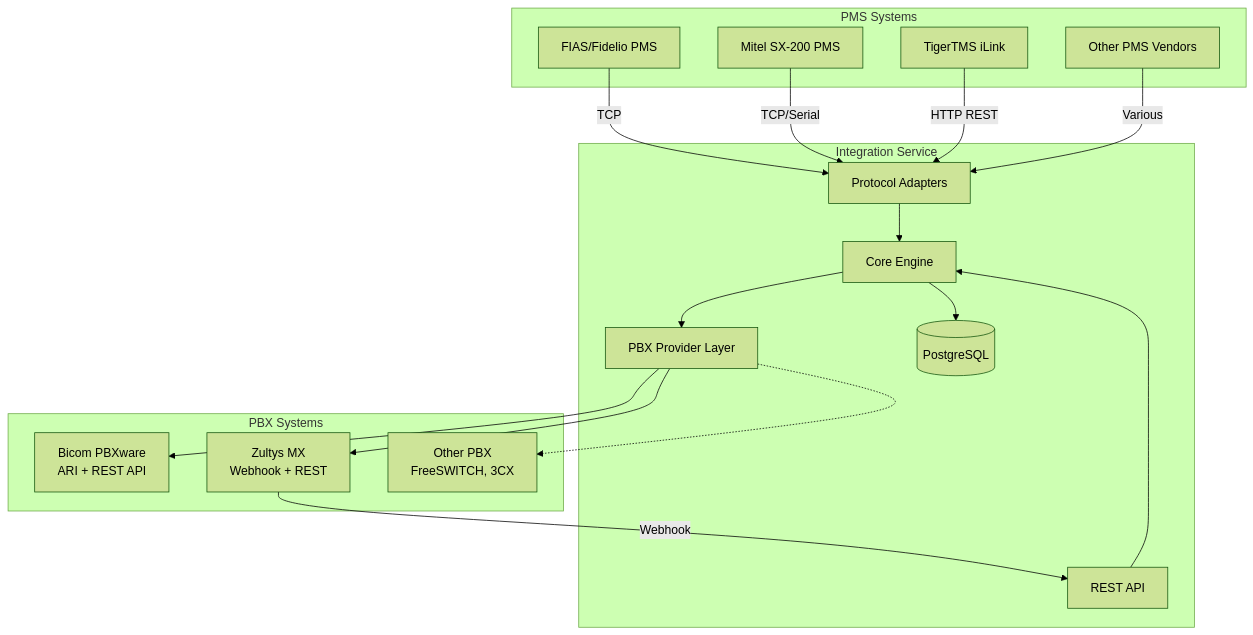
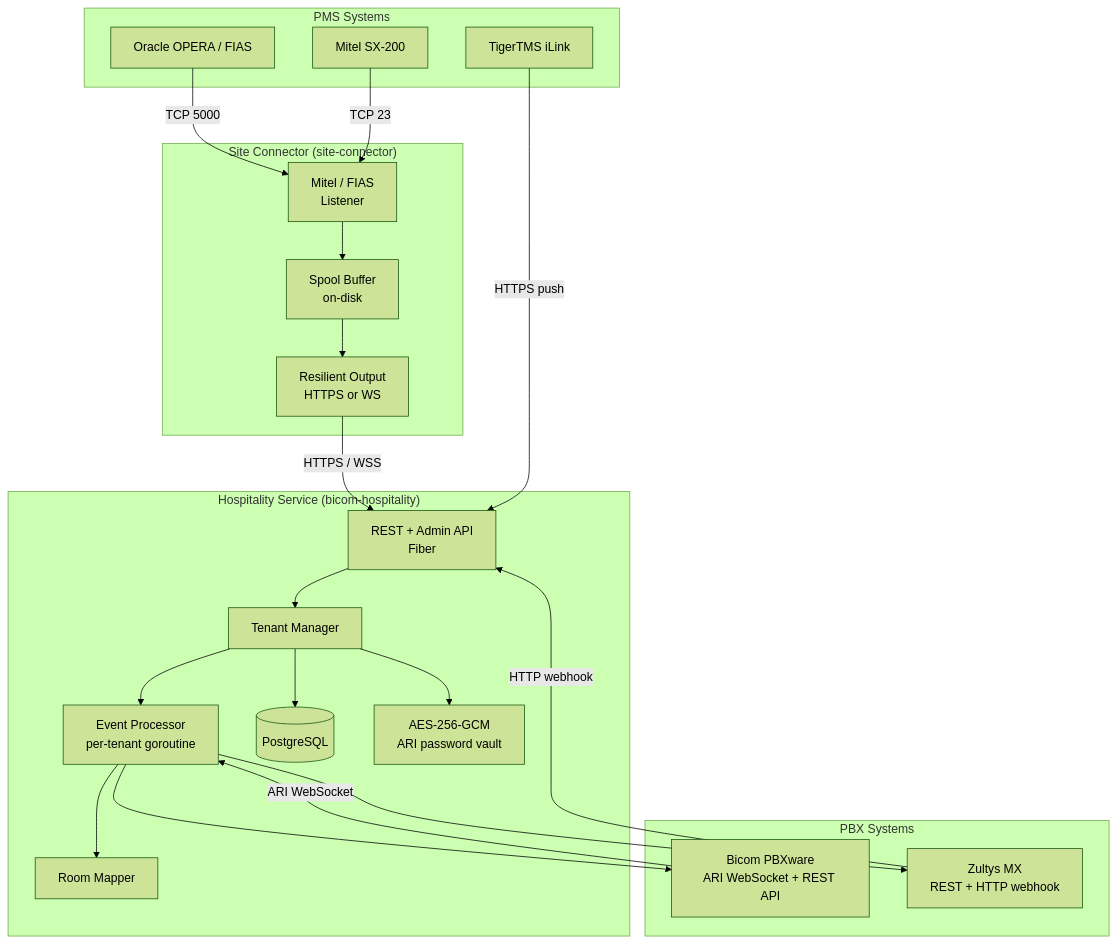
The first of 7 diagrams in docs/architecture.md (sagostin/pbx-hospitality), drawn with Mermaid (forest theme) before and after one commit. The commit also changed other lines of this file and 30 other files, not shown here.

````diff
--- a/docs/architecture.md
+++ b/docs/architecture.md
@@ -7,36 +14,46 @@
 ```mermaid
 graph TB
-    subgraph "PMS Systems"
-        FIAS[FIAS/Fidelio PMS]
-        MITEL[Mitel SX-200 PMS]
-        TIGER[TigerTMS iLink]
-        OTHER[Other PMS Vendors]
+    subgraph Cloud["Hospitality Service (bicom-hospitality)"]
+        API[REST + Admin API<br/>Fiber]
+        TM[Tenant Manager]
+        EVPROC[Event Processor<br/>per-tenant goroutine]
+        ROOMMAP[Room Mapper]
+        DB[(PostgreSQL)]
+        CRYPTO[AES-256-GCM<br/>ARI password vault]
     end
 
-    subgraph "Integration Service"
-        PROTO[Protocol Adapters]
-        CORE[Core Engine]
-        PBX_LAYER[PBX Provider Layer]
-        API[REST API]
-        DB[(PostgreSQL)]
+    subgraph Edge["Site Connector (site-connector)"]
+        LISTEN[Mitel / FIAS<br/>Listener]
+        OUT[Resilient Output<br/>HTTPS or WS]
+        BUF[Spool Buffer<br/>on-disk]
     end
 
-    subgraph "PBX Systems"
-        BICOM[Bicom PBXware<br/>ARI + REST API]
-        ZULTYS[Zultys MX<br/>Webhook + REST]
-        OTHER_PBX[Other PBX<br/>FreeSWITCH, 3CX]
+    subgraph PMS["PMS Systems"]
+        OPERA[Oracle OPERA / FIAS]
+        MITEL[Mitel SX-200]
+        TIGER[TigerTMS iLink]
     end
 
-    FIAS --> |TCP| PROTO
-    MITEL --> |TCP/Serial| PROTO
-    TIGER --> |HTTP REST| PROTO
-    OTHER --> |Various| PROTO
-    PROTO --> CORE
-    CORE --> DB
-    CORE --> PBX_LAYER
-    PBX_LAYER --> BICOM
-    PBX_LAYER --> ZULTYS
-    PBX_LAYER -.-> OTHER_PBX
-    API --> CORE
-    ZULTYS --> |Webhook| API
+    subgraph PBX["PBX Systems"]
+        BICOM[Bicom PBXware<br/>ARI WebSocket + REST API]
+        ZULTYS[Zultys MX<br/>REST + HTTP webhook]
+    end
+
+    OPERA -- TCP 5000 --> LISTEN
+    MITEL -- TCP 23 --> LISTEN
+    LISTEN --> BUF
+    BUF --> OUT
+    OUT -- HTTPS / WSS --> API
+
+    TIGER -- HTTPS push --> API
+    BICOM -- ARI WebSocket --> EVPROC
+    ZULTYS -- HTTP webhook --> API
+
+    API --> TM
+    TM --> EVPROC
+    EVPROC --> ROOMMAP
+    EVPROC --> BICOM
+    EVPROC --> ZULTYS
+    TM --> DB
+    TM --> CRYPTO
 ```
````
